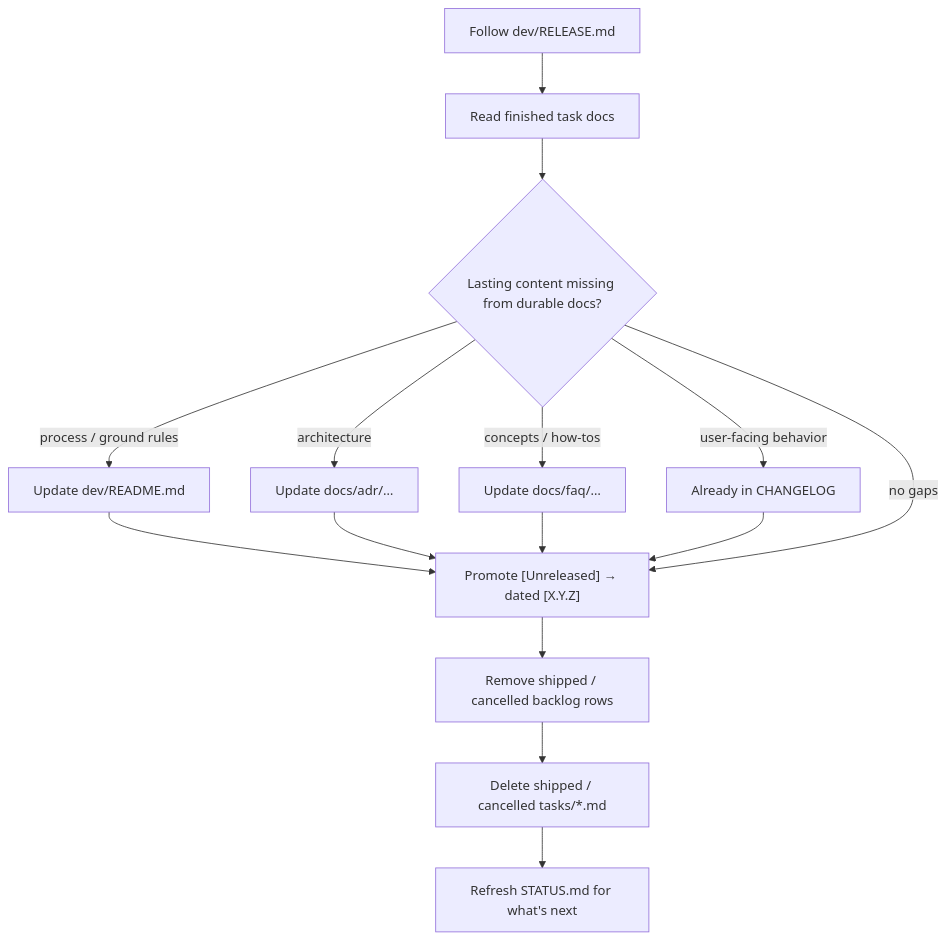
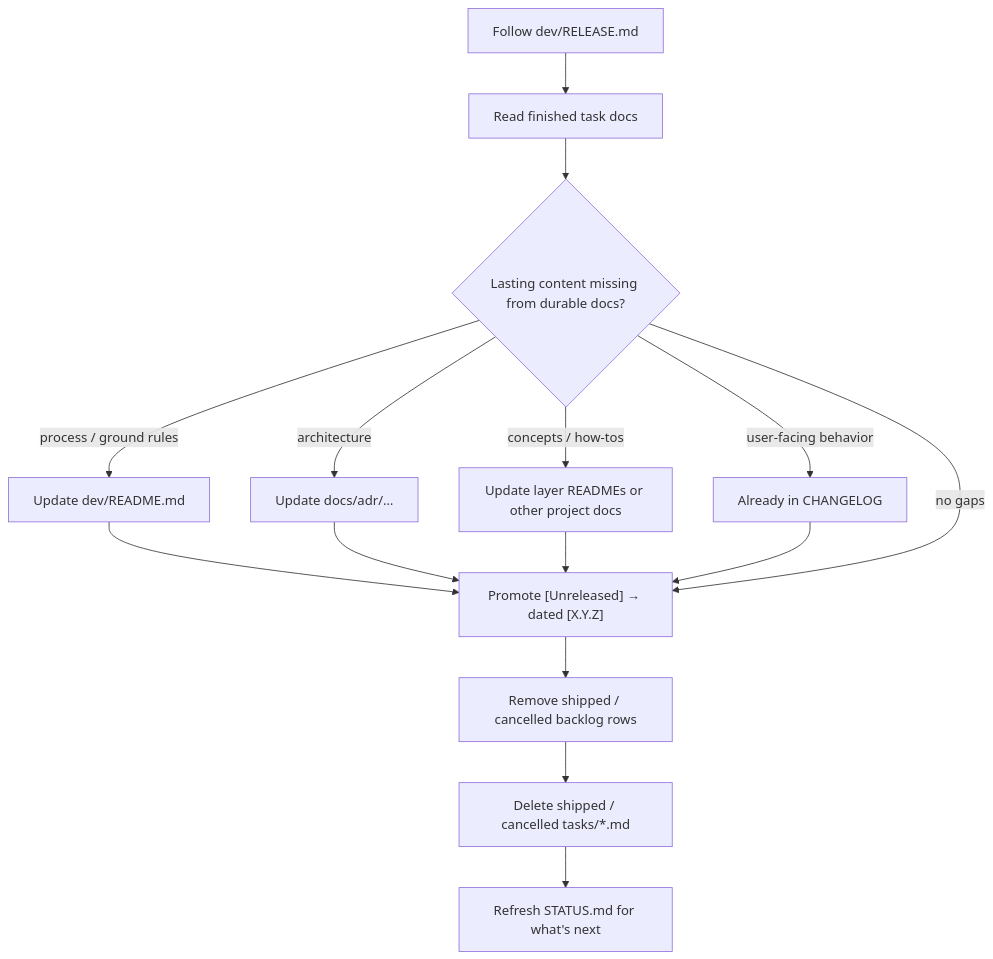
The fifth of 5 diagrams in README.md (ruslanbes/md-harness), drawn with Mermaid before and after one commit. The commit also changed other lines of this file and 15 other files, not shown here.

````diff
--- a/README.md
+++ b/README.md
@@ -169,17 +166,17 @@
 ```mermaid
 flowchart TD
   Cut[Follow dev/RELEASE.md] --> PromoteTask[Read finished task docs]
   PromoteTask --> Gaps{Lasting content missing from durable docs?}
   Gaps -->|process / ground rules| DevReadme[Update dev/README.md]
   Gaps -->|architecture| ADR[Update docs/adr/…]
-  Gaps -->|concepts / how-tos| FAQ[Update docs/faq/…]
+  Gaps -->|concepts / how-tos| Docs[Update layer READMEs or other project docs]
   Gaps -->|user-facing behavior| CLAlready[Already in CHANGELOG]
   DevReadme --> Version
   ADR --> Version
-  FAQ --> Version
+  Docs --> Version
   CLAlready --> Version
   Gaps -->|no gaps| Version["Promote [Unreleased] → dated [X.Y.Z]"]
   Version --> CleanBacklog[Remove shipped / cancelled backlog rows]
   CleanBacklog --> DeleteTasks[Delete shipped / cancelled tasks/*.md]
   DeleteTasks --> Status[Refresh STATUS.md for what's next]
 ```
````
